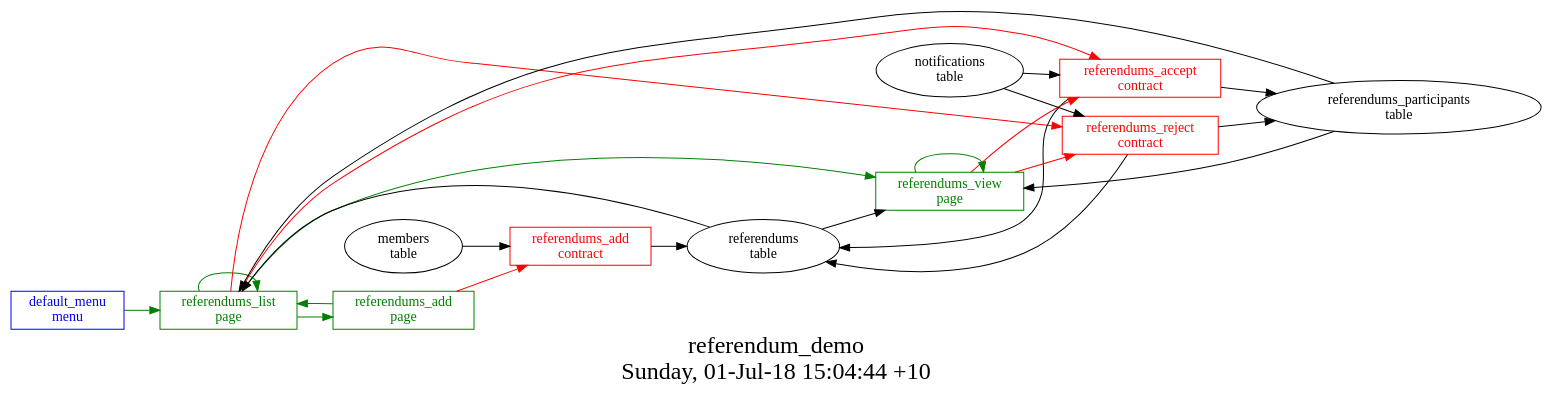
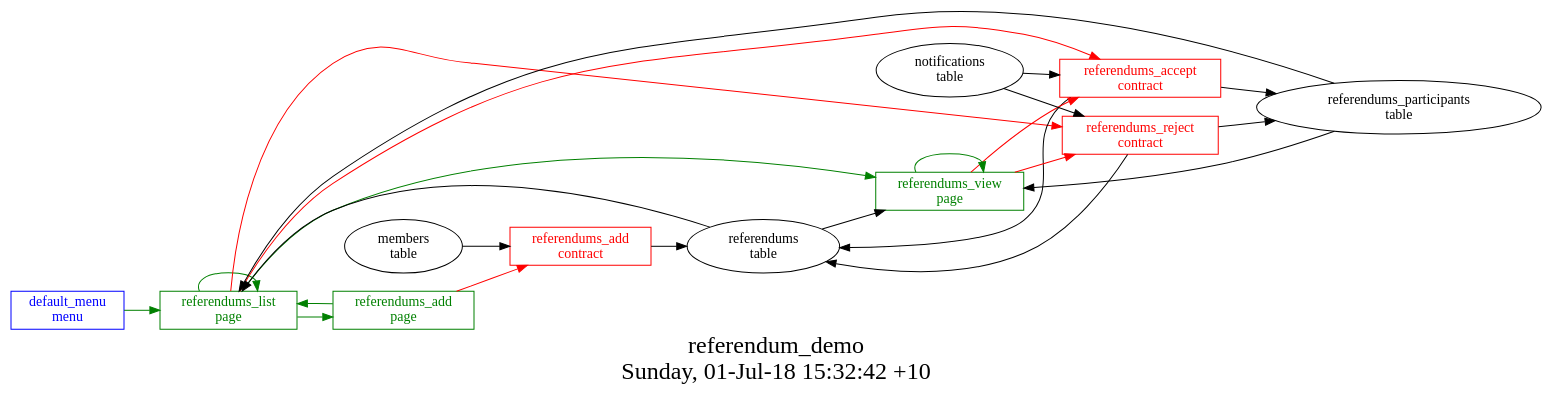
The diagram in quick-start/referendum_demo/struct.dot (AplaProject/apps), drawn with Graphviz before and after one commit. The commit also changed 4 other files, not shown here.

```diff
--- a/quick-start/referendum_demo/struct.dot
+++ b/quick-start/referendum_demo/struct.dot
@@ -1,40 +1,40 @@
 digraph G {
 fontsize="24";
-label="referendum_demo\nSunday, 01-Jul-18 15:04:44 +10";
+label="referendum_demo\nSunday, 01-Jul-18 15:32:42 +10";
 nojustify=true;
 ordering=out;
 rankdir=LR;
 size="30";
 "default_menu\nmenu" -> "referendums_list\npage"  [ color=green ]
 "default_menu\nmenu" [color=blue, fontcolor=blue, group=menus, shape=record];
 "referendums_add\npage" -> "referendums_add\ncontract"  [ color=red ]
 "referendums_add\npage" -> "referendums_list\npage"  [ color=green ]
 "referendums_add\npage" [color=green, fontcolor=green, group=pages, shape=record];
 "referendums_list\npage" -> "referendums_reject\ncontract"  [ color=red ]
 "referendums_list\npage" -> "referendums_accept\ncontract"  [ color=red ]
 "referendums\ntable" -> "referendums_list\npage"
 "referendums_participants\ntable" -> "referendums_list\npage"
 "referendums_list\npage" -> "referendums_view\npage"  [ color=green ]
 "referendums_list\npage" -> "referendums_list\npage"  [ color=green ]
 "referendums_list\npage" -> "referendums_add\npage"  [ color=green ]
 "referendums_list\npage" [color=green, fontcolor=green, group=pages, shape=record];
 "referendums_view\npage" -> "referendums_accept\ncontract"  [ color=red ]
 "referendums_view\npage" -> "referendums_reject\ncontract"  [ color=red ]
 "referendums\ntable" -> "referendums_view\npage"
 "referendums_participants\ntable" -> "referendums_view\npage"
 "referendums_view\npage" -> "referendums_view\npage"  [ color=green ]
 "referendums_view\npage" [color=green, fontcolor=green, group=pages, shape=record];
 "referendums_accept\ncontract" -> "referendums\ntable"  [ color="" ]
 "referendums_accept\ncontract" -> "referendums_participants\ntable"  [ color="" ]
 "notifications\ntable" -> "referendums_accept\ncontract"
 "referendums_accept\ncontract" [color=red, fontcolor=red, group=contracts, shape=record];
 "referendums_add\ncontract" -> "referendums\ntable"  [ color="" ]
 "members\ntable" -> "referendums_add\ncontract"
 "referendums_add\ncontract" [color=red, fontcolor=red, group=contracts, shape=record];
 "referendums_reject\ncontract" -> "referendums\ntable"  [ color="" ]
 "referendums_reject\ncontract" -> "referendums_participants\ntable"  [ color="" ]
 "notifications\ntable" -> "referendums_reject\ncontract"
 "referendums_reject\ncontract" [color=red, fontcolor=red, group=contracts, shape=record];
 "referendums\ntable" [color="", fontcolor="", group=tables, shape=""];
 "referendums_participants\ntable" [color="", fontcolor="", group=tables, shape=""];
 }
```
